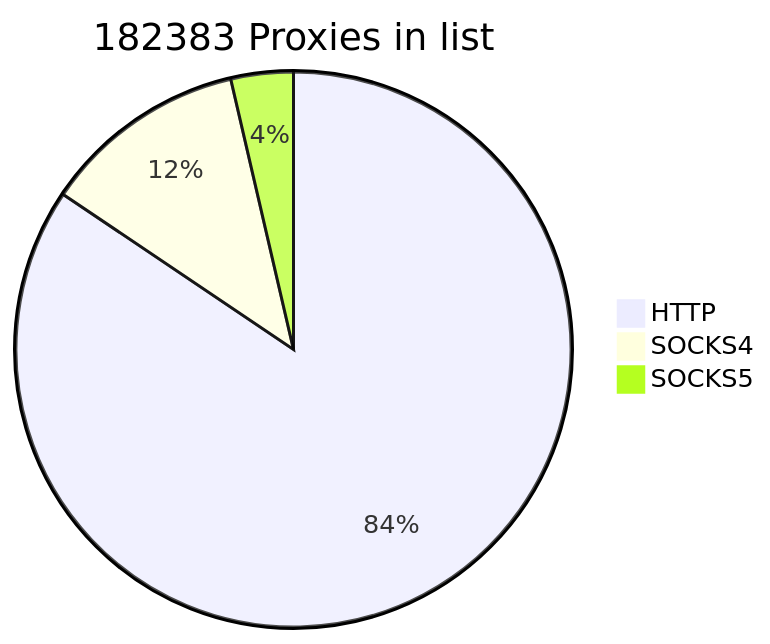
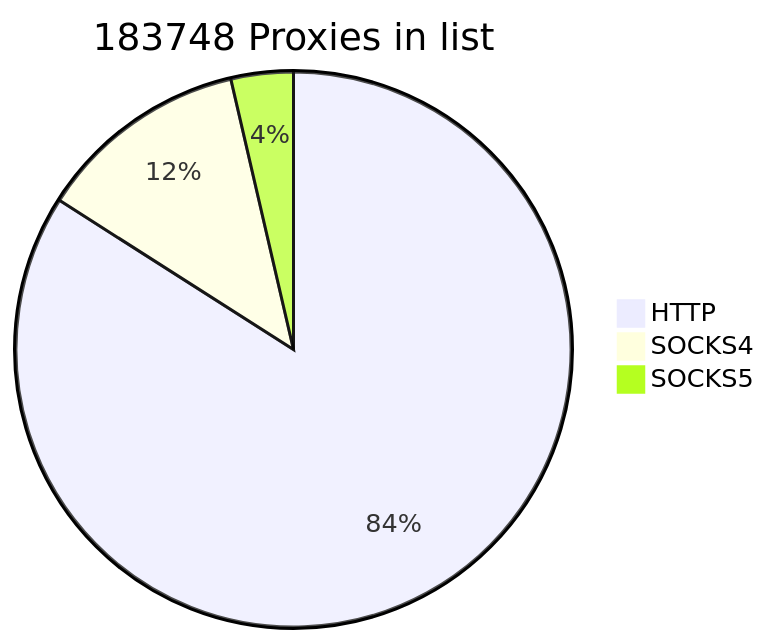
Before and after one commit to cutipu/proxylist: the first of 2 diagrams in README.md, drawn with Mermaid. The commit also changed other lines of this file, not shown here.

````diff
--- a/README.md
+++ b/README.md
@@ -2,7 +2,7 @@
 ```mermaid
-pie title 182383 Proxies in list
-    "HTTP" : 153994
-    "SOCKS4" : 21769
-    "SOCKS5" : 6620
+pie title 183748 Proxies in list
+    "HTTP" : 154406
+    "SOCKS4" : 22682
+    "SOCKS5" : 6660
             
 ```
````
